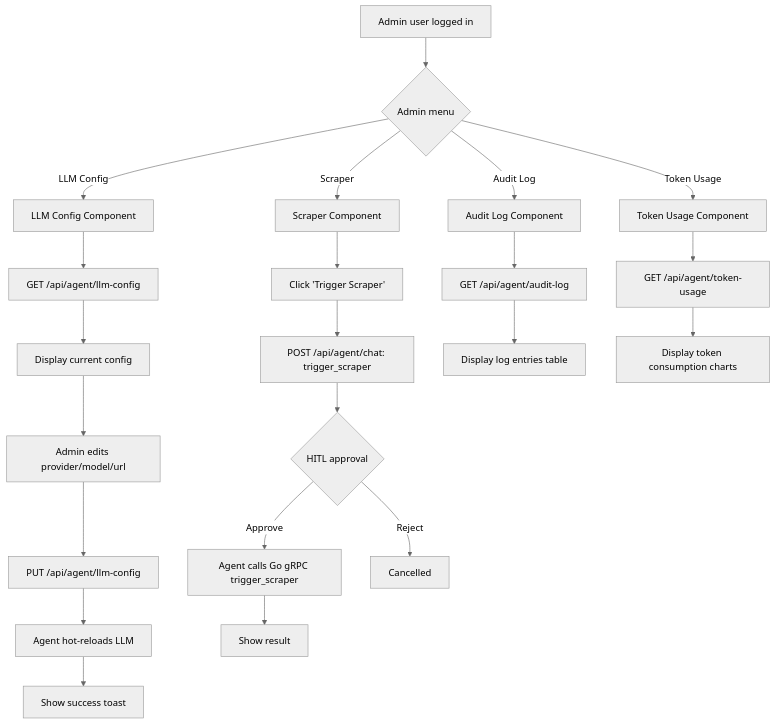
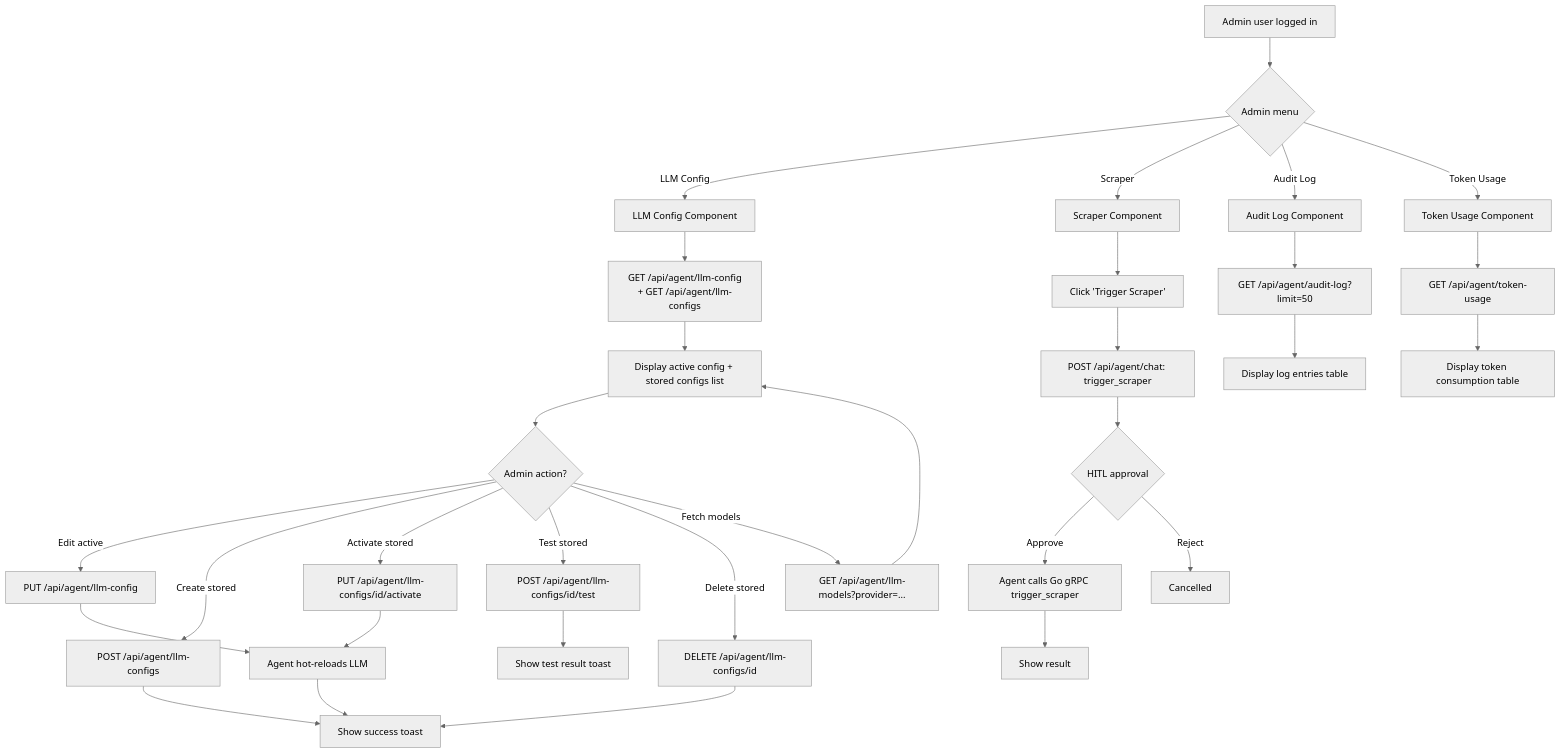
Before and after one commit to lihai1/statistiloto-ui: the fifth of 6 diagrams in docs/FLOWS.md, drawn with Mermaid (neutral theme). The commit also changed other lines of this file and 21 other files, not shown here.

````diff
--- a/docs/FLOWS.md
+++ b/docs/FLOWS.md
@@ -131,28 +131,38 @@
 ```mermaid
 flowchart TD
     ADMIN[Admin user logged in] --> MENU{Admin menu}
 
     MENU -->|LLM Config| LLM_PAGE[LLM Config Component]
-    LLM_PAGE --> LLM_GET[GET /api/agent/llm-config]
-    LLM_GET --> LLM_SHOW[Display current config]
-    LLM_SHOW --> LLM_EDIT[Admin edits provider/model/url]
-    LLM_EDIT --> LLM_PUT[PUT /api/agent/llm-config]
+    LLM_PAGE --> LLM_GET[GET /api/agent/llm-config<br/>+ GET /api/agent/llm-configs]
+    LLM_GET --> LLM_SHOW[Display active config + stored configs list]
+    LLM_SHOW --> LLM_EDIT{Admin action?}
+    LLM_EDIT -->|Edit active| LLM_PUT[PUT /api/agent/llm-config]
+    LLM_EDIT -->|Create stored| LLM_CREATE[POST /api/agent/llm-configs]
+    LLM_EDIT -->|Activate stored| LLM_ACT[PUT /api/agent/llm-configs/id/activate]
+    LLM_EDIT -->|Test stored| LLM_TEST[POST /api/agent/llm-configs/id/test]
+    LLM_EDIT -->|Delete stored| LLM_DEL[DELETE /api/agent/llm-configs/id]
+    LLM_EDIT -->|Fetch models| LLM_MODELS[GET /api/agent/llm-models?provider=...]
     LLM_PUT --> LLM_RELOAD[Agent hot-reloads LLM]
+    LLM_ACT --> LLM_RELOAD
     LLM_RELOAD --> LLM_DONE[Show success toast]
+    LLM_CREATE --> LLM_DONE
+    LLM_TEST --> LLM_TEST_RESULT[Show test result toast]
+    LLM_DEL --> LLM_DONE
+    LLM_MODELS --> LLM_SHOW
 
     MENU -->|Scraper| SCRAPE_PAGE[Scraper Component]
     SCRAPE_PAGE --> SCRAPE_TRIGGER["Click 'Trigger Scraper'"]
     SCRAPE_TRIGGER --> AGENT_CHAT[POST /api/agent/chat: trigger_scraper]
     AGENT_CHAT --> HITL{HITL approval}
     HITL -->|Approve| SCRAPE_RUN[Agent calls Go gRPC trigger_scraper]
     HITL -->|Reject| SCRAPE_CANCEL[Cancelled]
     SCRAPE_RUN --> SCRAPE_DONE[Show result]
 
     MENU -->|Audit Log| AUDIT_PAGE[Audit Log Component]
-    AUDIT_PAGE --> AUDIT_GET[GET /api/agent/audit-log]
+    AUDIT_PAGE --> AUDIT_GET[GET /api/agent/audit-log?limit=50]
     AUDIT_GET --> AUDIT_SHOW[Display log entries table]
 
     MENU -->|Token Usage| TOKEN_PAGE[Token Usage Component]
     TOKEN_PAGE --> TOKEN_GET[GET /api/agent/token-usage]
-    TOKEN_GET --> TOKEN_SHOW[Display token consumption charts]
+    TOKEN_GET --> TOKEN_SHOW[Display token consumption table]
 ```
````
